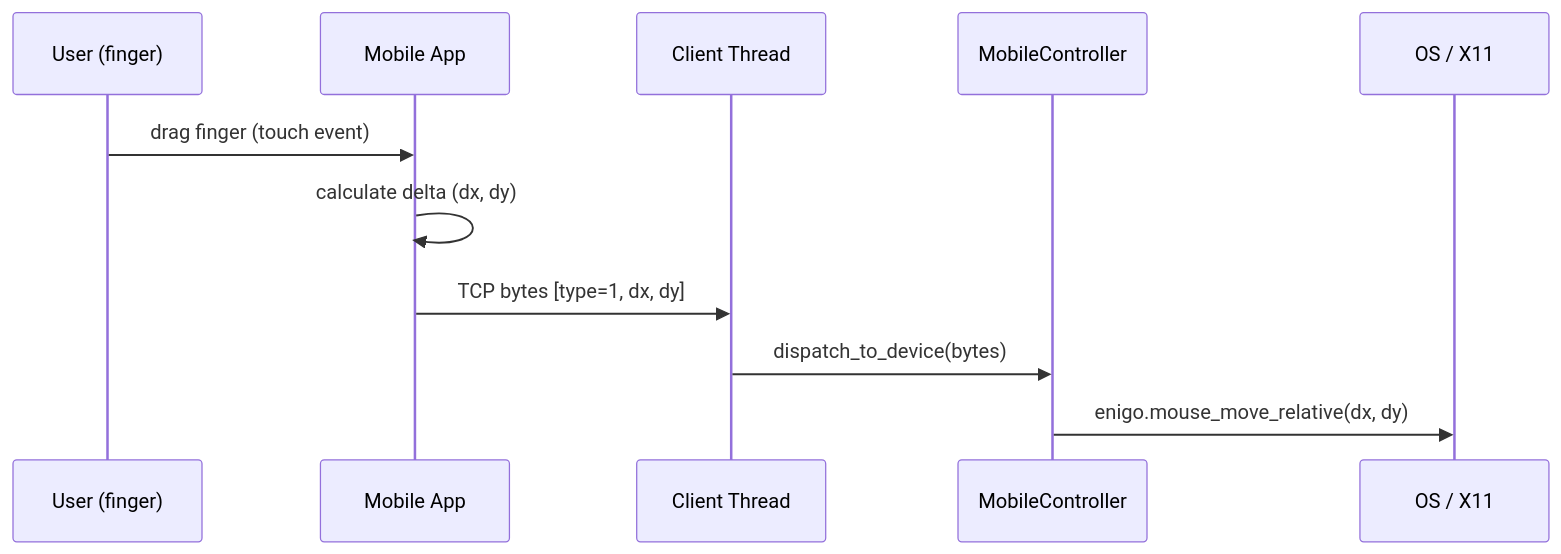
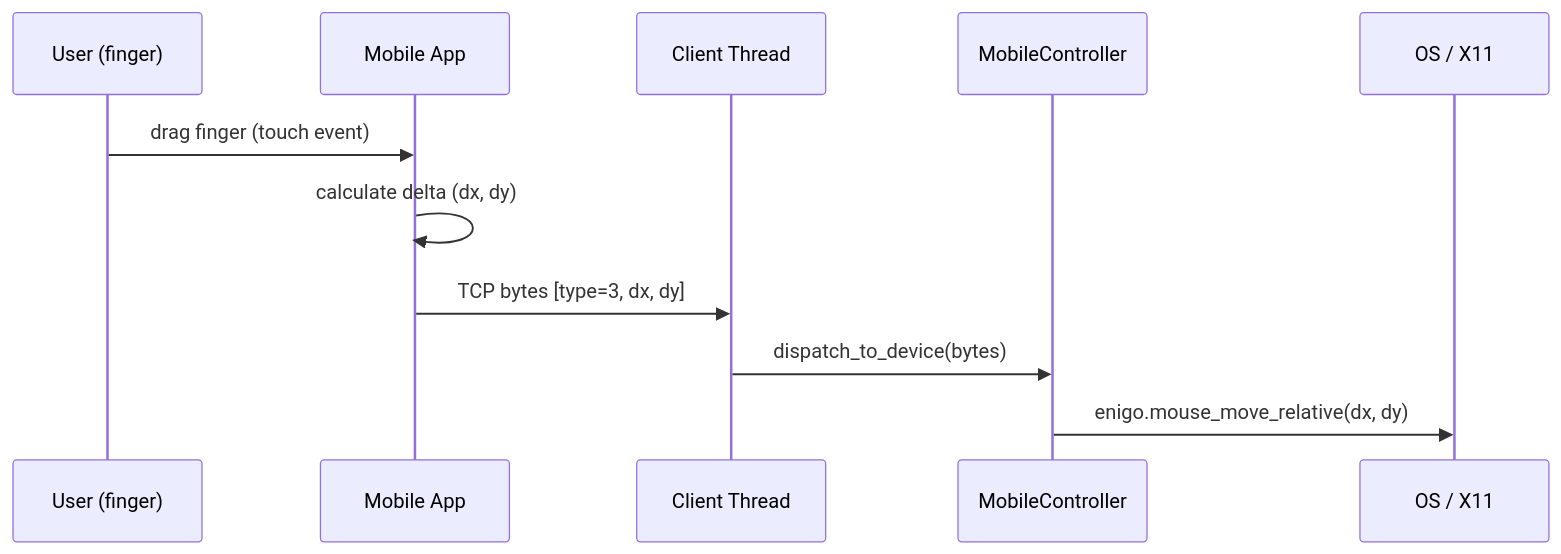
One commit to PropzSaladaz/Laze changed the diagram in docs/architecture.md. Above: the diagram before and after it, drawn with Mermaid. The commit also changed other lines of this file and 6 other files, not shown here.

````diff
--- a/docs/architecture.md
+++ b/docs/architecture.md
@@ -58,14 +58,14 @@
 ```mermaid
 sequenceDiagram
     participant U as User (finger)
     participant App as Mobile App
     participant C as Client Thread
     participant MC as MobileController
     participant OS as OS / X11
 
     U->>App: drag finger (touch event)
     App->>App: calculate delta (dx, dy)
-    App->>C: TCP bytes [type=1, dx, dy]
+    App->>C: TCP bytes [type=3, dx, dy]
     C->>MC: dispatch_to_device(bytes)
     MC->>OS: enigo.mouse_move_relative(dx, dy)
 ```
````
